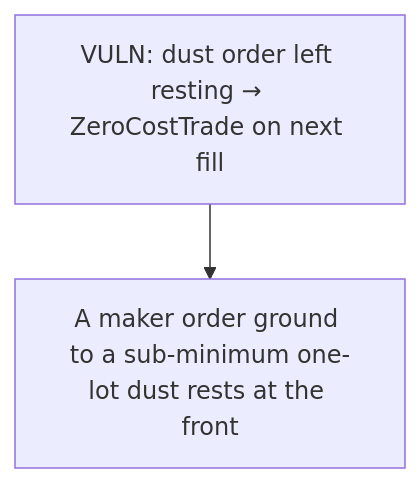
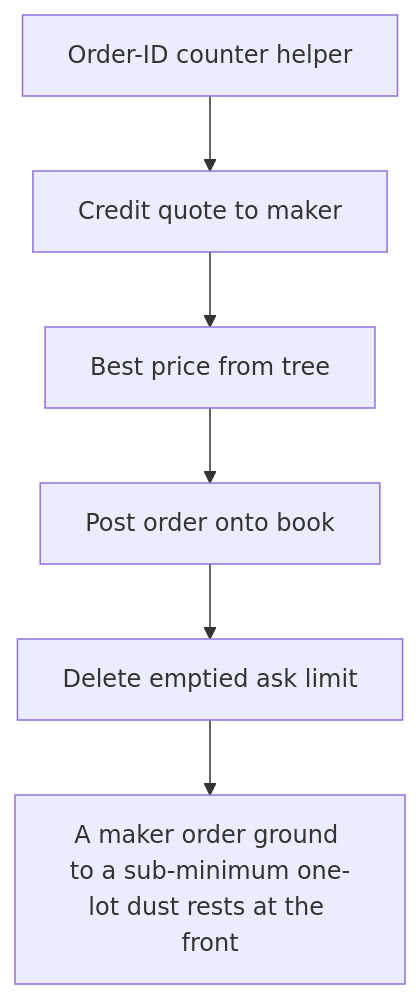
One commit to sanbir/evm-hack-registry changed the diagram in 64870-h-02-dust-orders-can-block-order-posting-code4rena-gte-gte-g_exp/64870-h-02-dust-orders-can-block-order-posting-code4rena-gte-gte-g_exp.md. Above: the diagram before and after it, drawn with Mermaid. The commit also changed other lines of this file and 79 other files, not shown here.

````diff
--- a/64870-h-02-dust-orders-can-block-order-posting-code4rena-gte-gte-g_exp/64870-h-02-dust-orders-can-block-order-posting-code4rena-gte-gte-g_exp.md
+++ b/64870-h-02-dust-orders-can-block-order-posting-code4rena-gte-gte-g_exp/64870-h-02-dust-orders-can-block-order-posting-code4rena-gte-gte-g_exp.md
@@ -28,6 +28,14 @@
 ```mermaid
 flowchart TD
-  S0["VULN: dust order left resting → ZeroCostTrade on next fill"]
+  S0["Order-ID counter helper"]
+  S1["Credit quote to maker"]
+  S2["Best price from tree"]
+  S3["Post order onto book"]
+  S4["Delete emptied ask limit"]
   H["A maker order ground to a sub-minimum one-lot dust rests at the front "]
-  S0 --> H
+  S0 --> S1
+  S1 --> S2
+  S2 --> S3
+  S3 --> S4
+  S4 --> H
 ```
````
